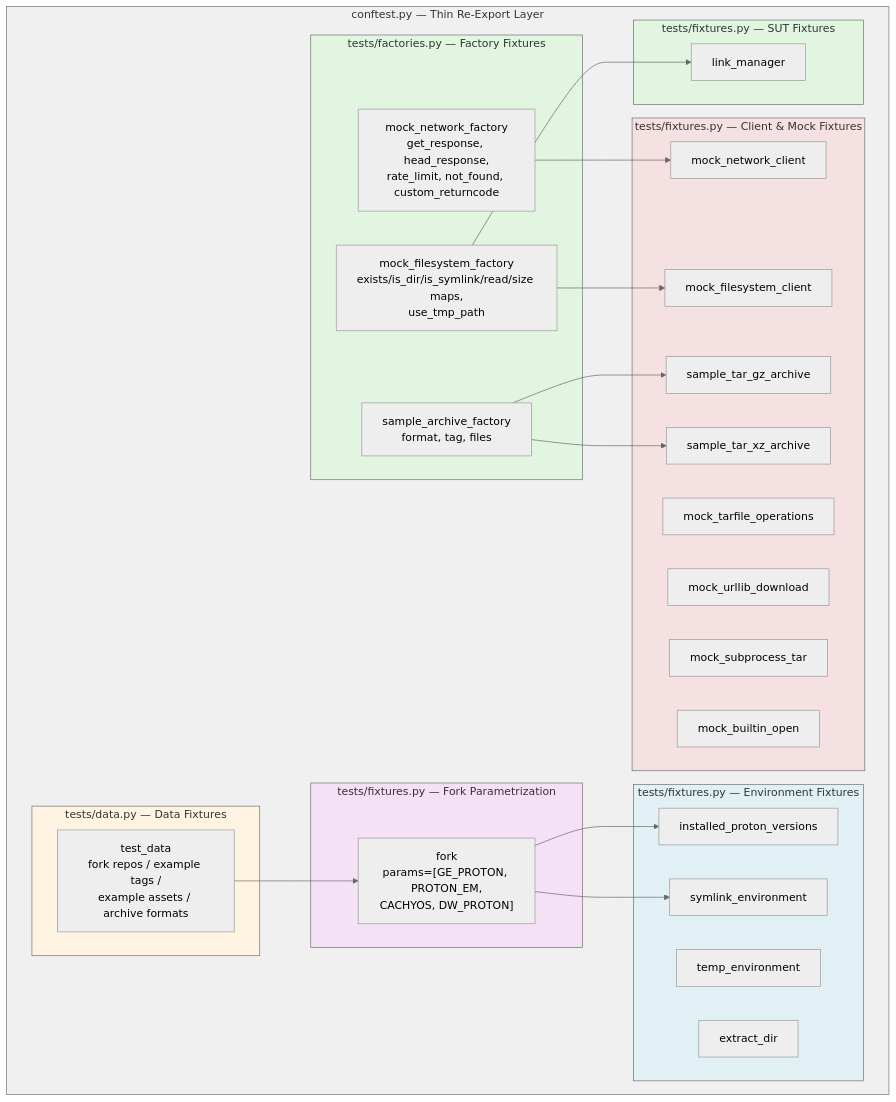
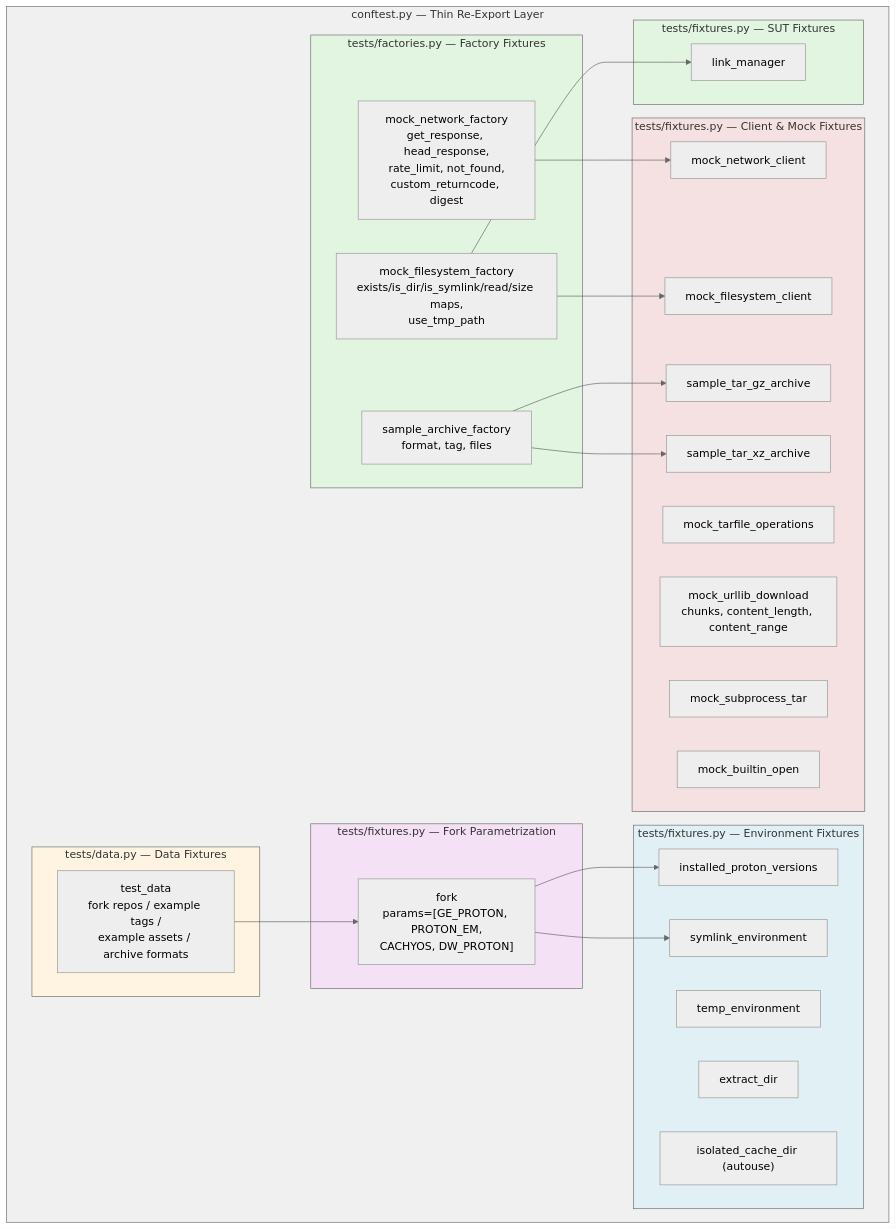
Diagram 15 of 16 in tests/TEST_DESIGN.md (WombatFromHell/protonge-fetcher), drawn with Mermaid (neutral theme) before and after one commit. The commit also changed other lines of this file and 11 other files, not shown here.

````diff
--- a/tests/TEST_DESIGN.md
+++ b/tests/TEST_DESIGN.md
@@ -654,58 +662,59 @@
 ```mermaid
 graph TD
     subgraph ROOT["conftest.py — Thin Re-Export Layer"]
         subgraph DATA_FIXTURES["tests/data.py — Data Fixtures"]
             TDATA["test_data<br/>fork repos / example tags /<br/>example assets / archive formats"]
         end
 
         subgraph FACTORY_FIXTURES["tests/factories.py — Factory Fixtures"]
-            NET_FACT["mock_network_factory<br/>get_response, head_response,<br/>rate_limit, not_found, custom_returncode"]
+            NET_FACT["mock_network_factory<br/>get_response, head_response,<br/>rate_limit, not_found,<br/>custom_returncode, digest"]
             FS_FACT["mock_filesystem_factory<br/>exists/is_dir/is_symlink/read/size maps,<br/>use_tmp_path"]
             ARCH_FACT["sample_archive_factory<br/>format, tag, files"]
         end
 
         subgraph MOCK_FIXTURES["tests/fixtures.py — Client & Mock Fixtures"]
             MC_NET["mock_network_client"]
             MC_FS["mock_filesystem_client"]
             MC_TARGZ["sample_tar_gz_archive"]
             MC_TARXZ["sample_tar_xz_archive"]
             MC_TAR["mock_tarfile_operations"]
-            MC_URL["mock_urllib_download"]
+            MC_URL["mock_urllib_download<br/>chunks, content_length, content_range"]
             MC_SUB["mock_subprocess_tar"]
             MC_OPEN["mock_builtin_open"]
         end
 
         subgraph ENV_FIXTURES["tests/fixtures.py — Environment Fixtures"]
             ENV_TEMP["temp_environment"]
             ENV_EXTRACT["extract_dir"]
             ENV_INSTALLED["installed_proton_versions"]
             ENV_SYMLINK["symlink_environment"]
+            ENV_CACHE["isolated_cache_dir (autouse)"]
         end
 
         subgraph FORK_PARAM["tests/fixtures.py — Fork Parametrization"]
             FORK["fork<br/>params=[GE_PROTON, PROTON_EM,<br/>CACHYOS, DW_PROTON]"]
         end
 
         subgraph SUT_FIXTURES["tests/fixtures.py — SUT Fixtures"]
             LMGR["link_manager"]
         end
 
         NET_FACT --> MC_NET
         FS_FACT --> MC_FS
         FS_FACT --> LMGR
         ARCH_FACT --> MC_TARGZ
         ARCH_FACT --> MC_TARXZ
 
         FORK --> ENV_INSTALLED
         FORK --> ENV_SYMLINK
         TDATA --> FORK
     end
 
     style ROOT fill:#f0f0f0
     style DATA_FIXTURES fill:#fff4e1
     style FACTORY_FIXTURES fill:#e1f5e1
     style MOCK_FIXTURES fill:#f5e1e1
     style ENV_FIXTURES fill:#e1f0f5
     style FORK_PARAM fill:#f5e1f5
     style SUT_FIXTURES fill:#e1f5e1
 ```
````
